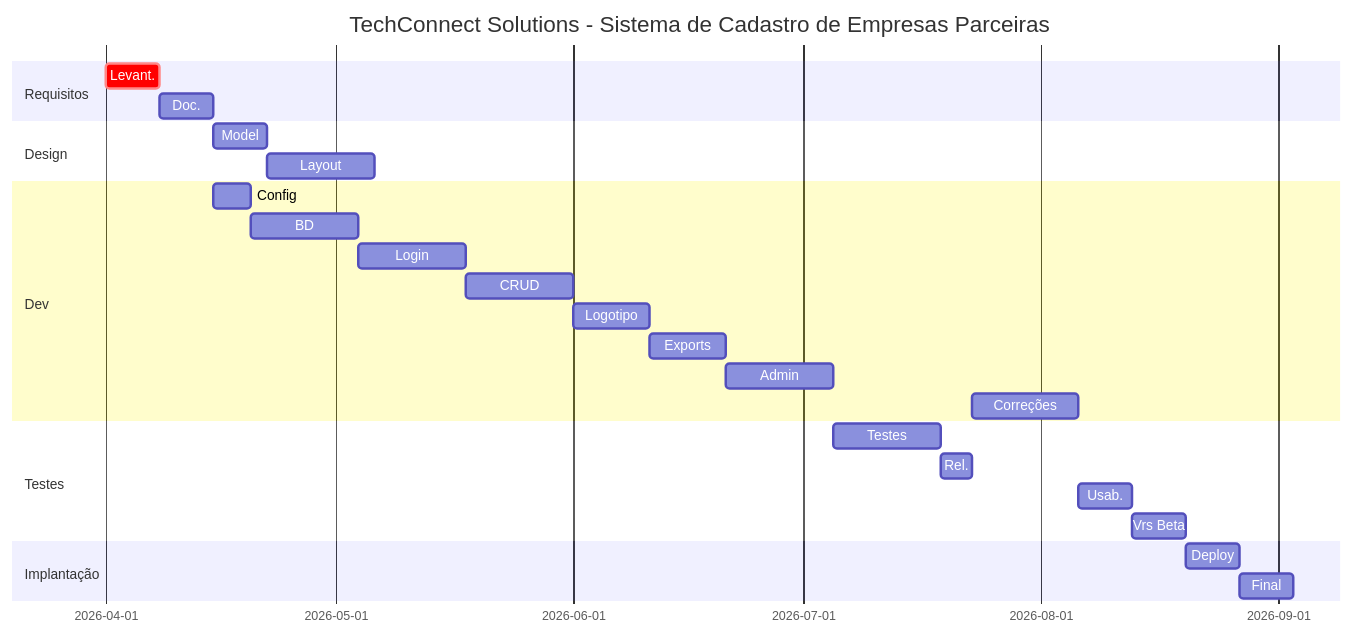
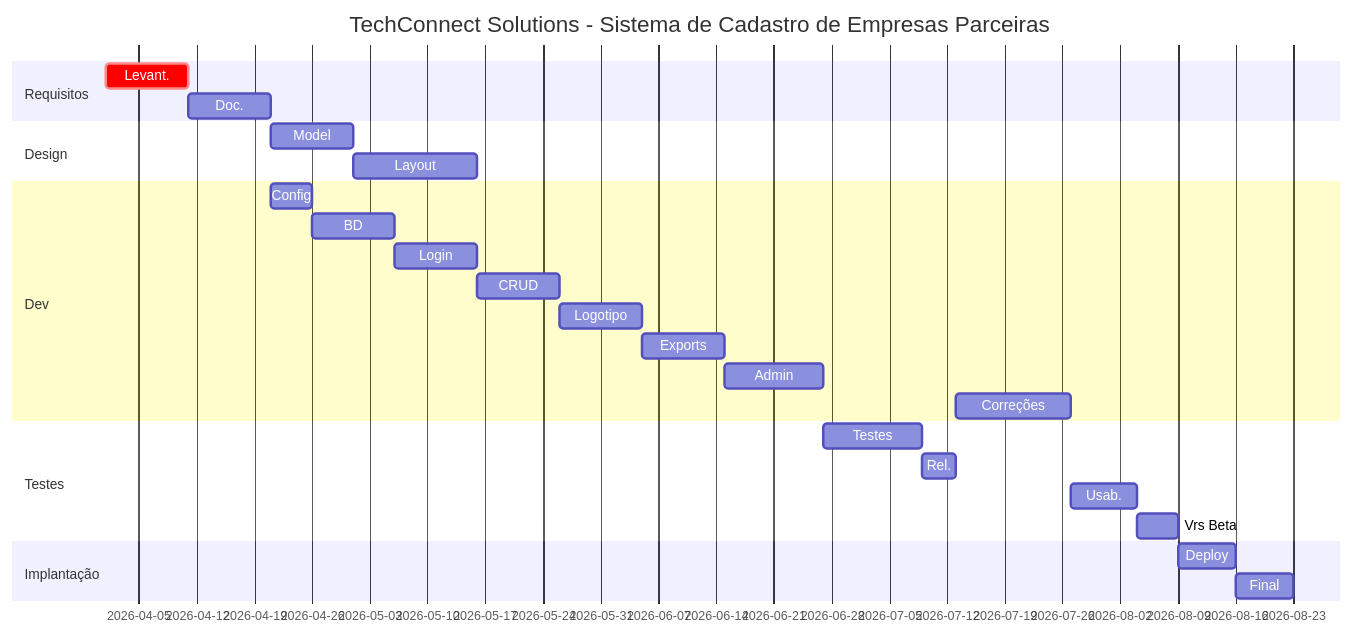
Before and after one commit to MaxPichy/teste_gannt3: the diagram in ATIVIDADE1.md, drawn with Mermaid.

````diff
--- a/ATIVIDADE1.md
+++ b/ATIVIDADE1.md
@@ -1,33 +1,33 @@
 ```mermaid
 gantt
     title TechConnect Solutions - Sistema de Cadastro de Empresas Parceiras
     dateFormat YYYY-MM-DD
     
     section Requisitos
-    Levant.                    :crit, req, 2026-04-01, 7d
-    Doc.                       :doc, after req, 7d
+    Levant.                    :crit, req, 2026-04-01, 10d
+    Doc.                       :doc, after req, 10d
     
     section Design
-    Model                      :mod, after doc, 7d
-    Layout                     :lay, after mod, 14d
+    Model                      :mod, after doc, 10d
+    Layout                     :lay, after mod, 15d
     
     section Dev
     Config                     :cfg, after doc, 5d
-    BD                         :bd, after cfg, 14d
-    Login                      :lgn, after bd, 14d
-    CRUD                       :crd, after lgn, 14d
+    BD                         :bd, after cfg, 10d
+    Login                      :lgn, after bd, 10d
+    CRUD                       :crd, after lgn, 10d
     Logotipo                   :lgt, after crd, 10d
     Exports                    :exp, after lgt, 10d
-    Admin                      :adm, after exp, 14d
+    Admin                      :adm, after exp, 12d
     Correções                  :cor, after rel, 14d
     
     section Testes
-    Testes                      :tst, after adm, 14d
+    Testes                      :tst, after adm, 12d
     Rel.                        :rel, after tst, 4d
-    Usab.                       :usb, after cor, 7d
-    Vrs Beta                    :beta, after usb, 7d
+    Usab.                       :usb, after cor, 8d
+    Vrs Beta                    :beta, after usb, 5d
     
     section Implantação
     Deploy                      :deploy, after beta, 7d
     Final                       :entrega, after deploy, 7d
 ```
````
